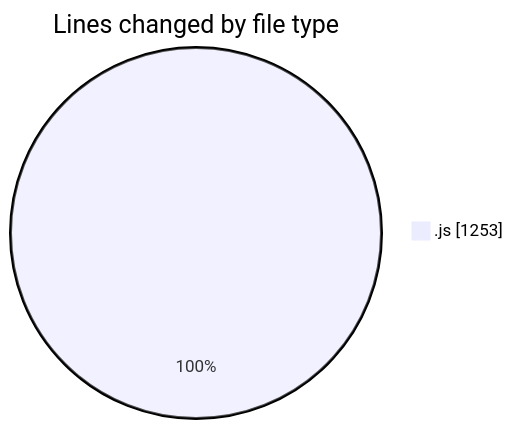
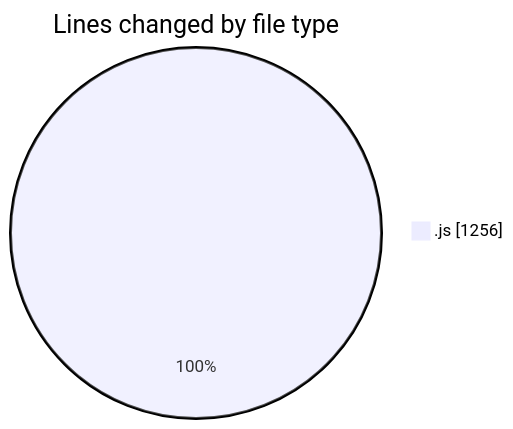
The first of 2 diagrams in 2025-09-08/cashcalculator/README.md (nxtqubesakshisongat/code-tracking), drawn with Mermaid before and after one commit. The commit also changed other lines of this file and 1 other file, not shown here.

````diff
--- a/2025-09-08/cashcalculator/README.md
+++ b/2025-09-08/cashcalculator/README.md
@@ -20,5 +20,5 @@
 ```mermaid
 pie showData
 title Lines changed by file type
-".js" : 1253
+".js" : 1256
 ```
````
